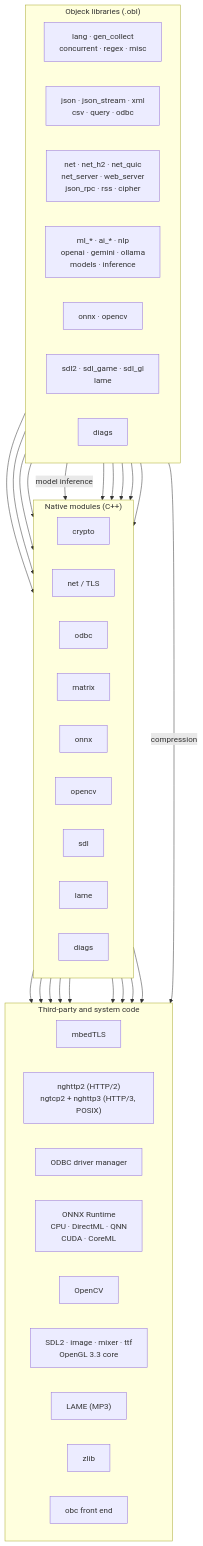
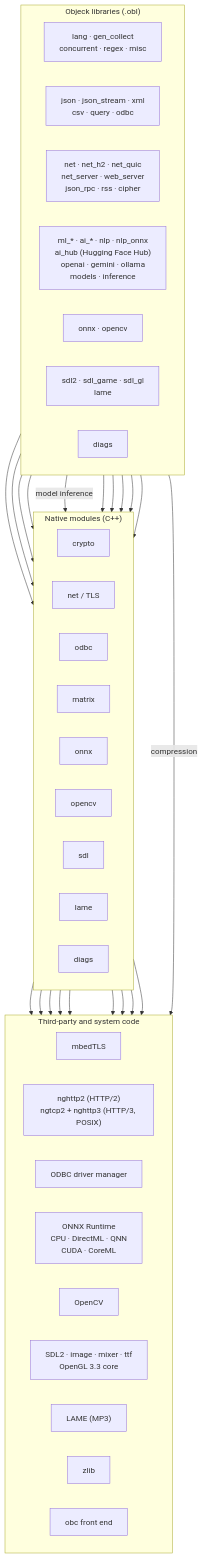
The second of 24 diagrams in docs/architecture.md (objeck/objeck-lang), drawn with Mermaid before and after one commit. The commit also changed other lines of this file and 10 other files, not shown here.

````diff
--- a/docs/architecture.md
+++ b/docs/architecture.md
@@ -124,57 +124,57 @@
 ```mermaid
 flowchart TB
     subgraph OBJECK["Objeck libraries (.obl)"]
         direction LR
         L_CORE["lang · gen_collect<br/>concurrent · regex · misc"]
         L_DATA["json · json_stream · xml<br/>csv · query · odbc"]
         L_NET["net · net_h2 · net_quic<br/>net_server · web_server<br/>json_rpc · rss · cipher"]
-        L_AI["ml_* · ai_* · nlp<br/>openai · gemini · ollama<br/>models · inference"]
+        L_AI["ml_* · ai_* · nlp · nlp_onnx<br/>ai_hub (Hugging Face Hub)<br/>openai · gemini · ollama<br/>models · inference"]
         L_VISION["onnx · opencv"]
         L_MEDIA["sdl2 · sdl_game · sdl_gl<br/>lame"]
         L_TOOLS["diags"]
     end
 
     subgraph MODULES["Native modules (C++)"]
         direction LR
         M_CRYPTO["crypto"]
         M_NET["net / TLS"]
         M_ODBC["odbc"]
         M_MATRIX["matrix"]
         M_ONNX["onnx"]
         M_CV["opencv"]
         M_SDL["sdl"]
         M_LAME["lame"]
         M_DIAGS["diags"]
     end
 
     subgraph THIRD["Third-party and system code"]
         direction LR
         T_TLS["mbedTLS"]
         T_HTTP["nghttp2 (HTTP/2)<br/>ngtcp2 + nghttp3 (HTTP/3, POSIX)"]
         T_ODBC["ODBC driver manager"]
         T_ORT["ONNX Runtime<br/>CPU · DirectML · QNN<br/>CUDA · CoreML"]
         T_CV["OpenCV"]
         T_SDL["SDL2 · image · mixer · ttf<br/>OpenGL 3.3 core"]
         T_LAME["LAME (MP3)"]
         T_ZLIB["zlib"]
         T_CC["obc front end"]
     end
 
     L_NET --> M_CRYPTO & M_NET
     L_DATA --> M_ODBC
     L_AI --> M_MATRIX
     L_AI -->|"model inference"| M_ONNX
     L_VISION --> M_ONNX & M_CV
     L_MEDIA --> M_SDL & M_LAME
     L_TOOLS --> M_DIAGS
     L_CORE -->|"compression"| T_ZLIB
 
     M_CRYPTO & M_NET --> T_TLS
     M_NET --> T_HTTP
     M_ODBC --> T_ODBC
     M_ONNX --> T_ORT
     M_CV --> T_CV
     M_SDL --> T_SDL
     M_LAME --> T_LAME
     M_DIAGS --> T_CC
 ```
````
